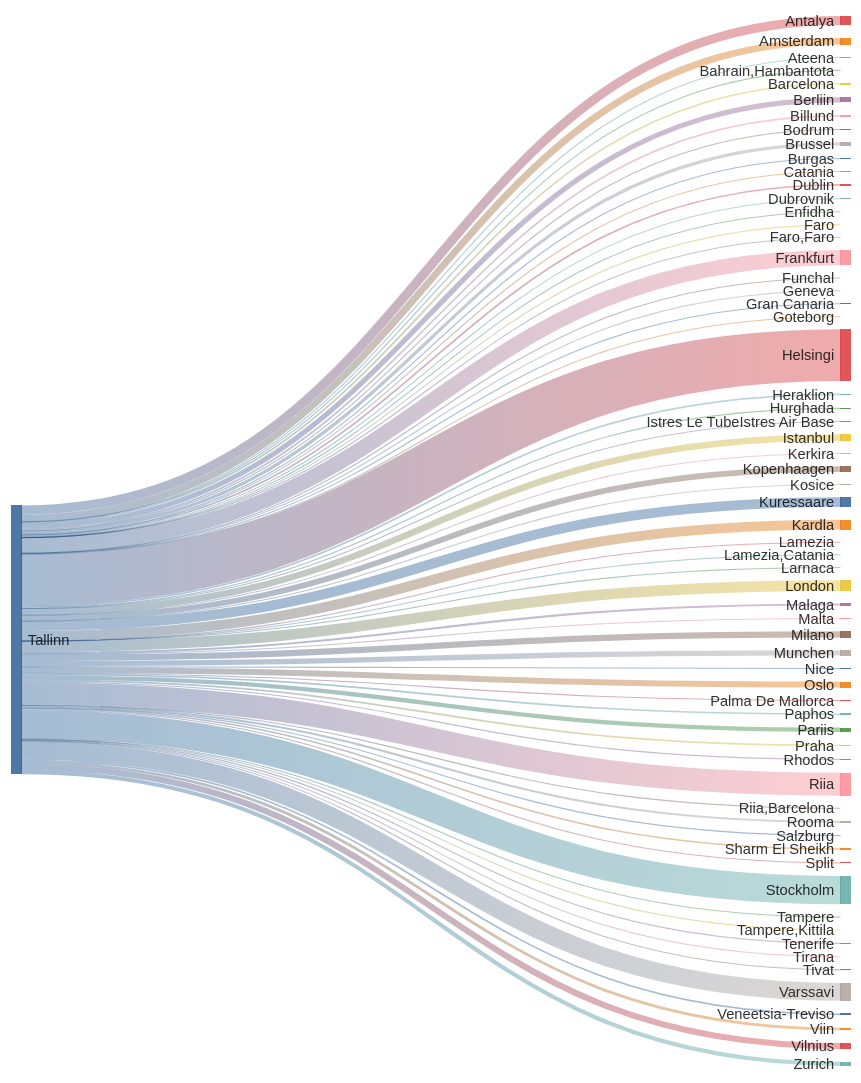
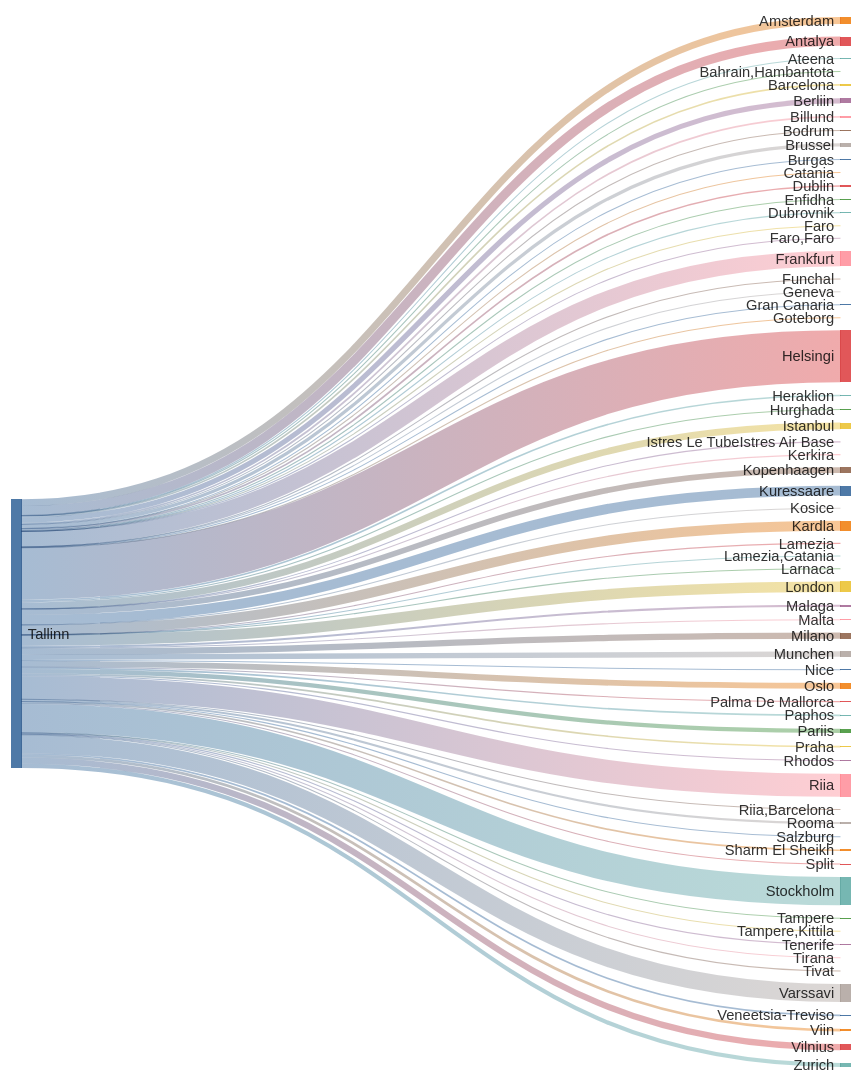
The second of 2 diagrams in README.md (rainermesi/tll-airport-departures), drawn with Mermaid before and after one commit. The commit also changed other lines of this file, not shown here.

````diff
--- a/README.md
+++ b/README.md
@@ -34,76 +34,76 @@
 ```mermaid
 ---
 config:
   sankey:
     showValues: false
     width: 800
     height: 1000
 ---
 sankey-beta
 %% source,target,value
-Tallinn,Amsterdam,200
+Tallinn,Amsterdam,201
 Tallinn,Antalya,264
 Tallinn,Ateena,16
 Tallinn,"Bahrain,Hambantota",1
 Tallinn,Barcelona,47
 Tallinn,Berliin,150
 Tallinn,Billund,49
 Tallinn,Bodrum,11
-Tallinn,Brussel,94
+Tallinn,Brussel,95
 Tallinn,Burgas,21
 Tallinn,Catania,2
 Tallinn,Dublin,48
 Tallinn,Dubrovnik,21
 Tallinn,Enfidha,7
 Tallinn,Faro,4
 Tallinn,"Faro,Faro",1
-Tallinn,Frankfurt,442
+Tallinn,Frankfurt,444
 Tallinn,Funchal,5
 Tallinn,Geneva,3
 Tallinn,Gran Canaria,23
 Tallinn,Goteborg,1
-Tallinn,Helsingi,1493
+Tallinn,Helsingi,1502
 Tallinn,Heraklion,46
 Tallinn,Hurghada,32
-Tallinn,Istanbul,192
+Tallinn,Istanbul,193
 Tallinn,Istres Le TubeIstres Air Base,2
 Tallinn,Kerkira,4
-Tallinn,Kopenhaagen,166
+Tallinn,Kopenhaagen,167
 Tallinn,Kosice,1
-Tallinn,Kuressaare,287
-Tallinn,Kardla,287
+Tallinn,Kuressaare,289
+Tallinn,Kardla,289
 Tallinn,Lamezia,1
 Tallinn,"Lamezia,Catania",3
 Tallinn,Larnaca,4
-Tallinn,London,307
+Tallinn,London,309
 Tallinn,Malaga,61
 Tallinn,Malta,15
 Tallinn,Milano,181
-Tallinn,Munchen,154
+Tallinn,Munchen,155
 Tallinn,Nice,25
 Tallinn,Oslo,172
 Tallinn,Palma De Mallorca,19
 Tallinn,Paphos,47
 Tallinn,Pariis,126
 Tallinn,Praha,49
 Tallinn,Rhodos,32
-Tallinn,Riia,666
+Tallinn,Riia,670
 Tallinn,"Riia,Barcelona",1
-Tallinn,Rooma,60
+Tallinn,Rooma,61
 Tallinn,Salzburg,4
 Tallinn,Sharm El Sheikh,46
 Tallinn,Split,25
-Tallinn,Stockholm,818
+Tallinn,Stockholm,820
 Tallinn,Tampere,17
 Tallinn,"Tampere,Kittila",4
 Tallinn,Tenerife,34
 Tallinn,Tirana,8
 Tallinn,Tivat,26
-Tallinn,Varssavi,516
+Tallinn,Varssavi,519
 Tallinn,Veneetsia-Treviso,48
 Tallinn,Viin,79
-Tallinn,Vilnius,179
+Tallinn,Vilnius,180
 Tallinn,Zurich,120
 
 
 ```
````
